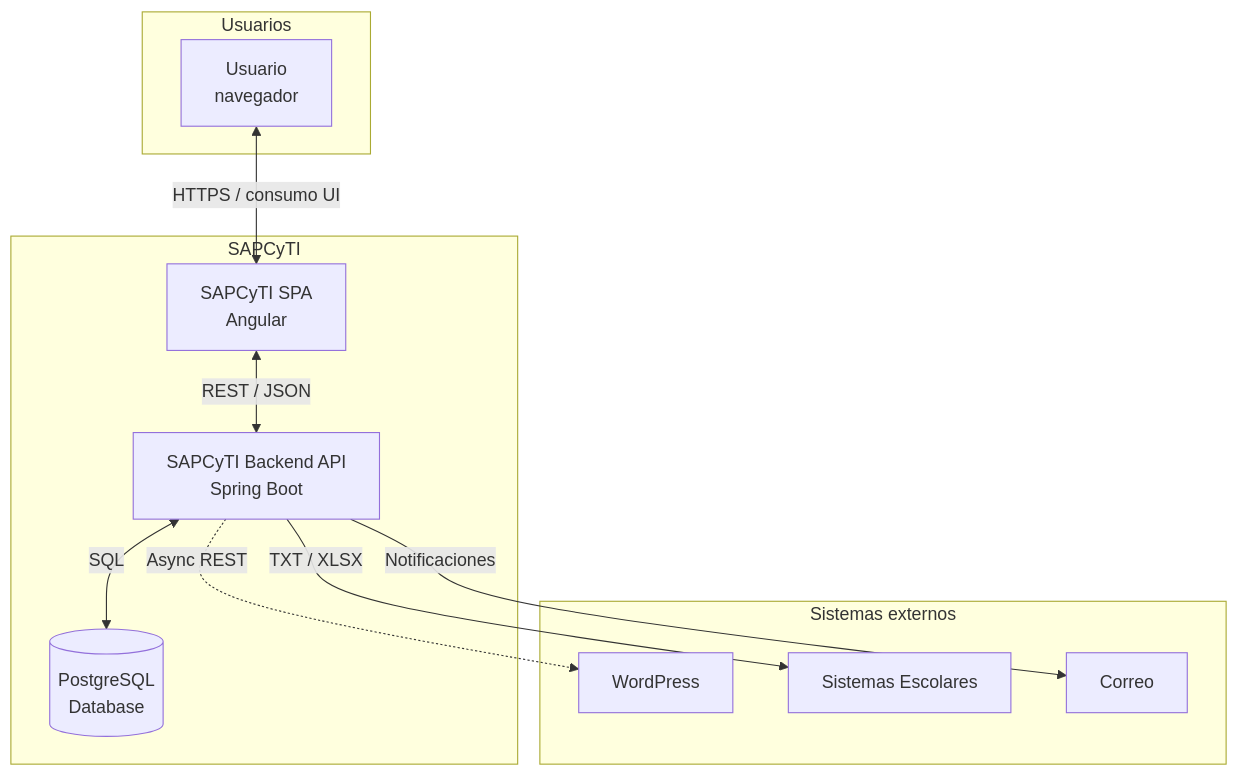
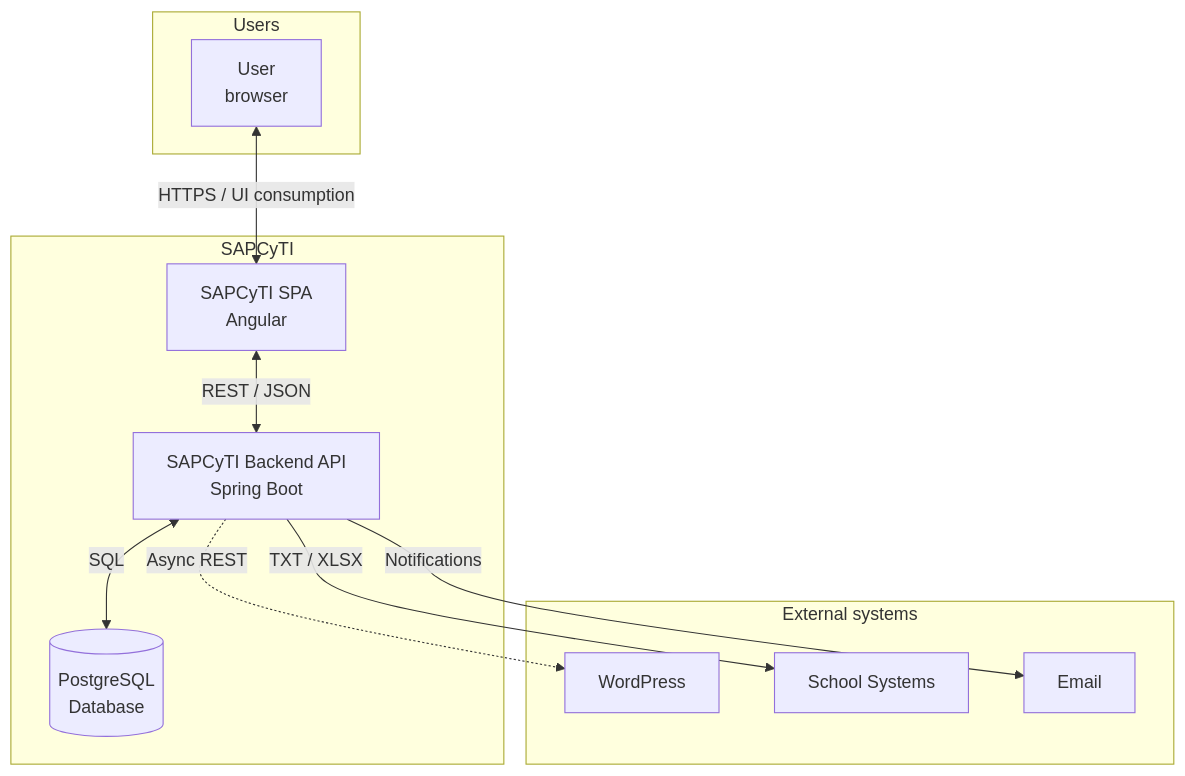
The third of 17 diagrams in Design/Architecture.md (SAPCyTI-UAM-I/Docs), drawn with Mermaid before and after one commit. The commit also changed other lines of this file, not shown here.

Commit message:
docs: translate architecture documentation and diagrams to English - Iteration 2 refinement

````diff
--- a/Design/Architecture.md
+++ b/Design/Architecture.md
@@ -259,25 +260,25 @@
 ```mermaid
 flowchart TB
-    subgraph Usuarios
-        User["Usuario\nnavegador"]
+    subgraph Users
+        User["User\nbrowser"]
     end
 
     subgraph SAPCyTI["SAPCyTI"]
         SPA["SAPCyTI SPA\nAngular"]
         API["SAPCyTI Backend API\nSpring Boot"]
         DB[("PostgreSQL\nDatabase")]
     end
 
-    subgraph Externos["Sistemas externos"]
+    subgraph Externals["External systems"]
         WP["WordPress"]
-        SCE["Sistemas Escolares"]
-        CORREO["Correo"]
+        SCE["School Systems"]
+        CORREO["Email"]
     end
 
-    User <-->|HTTPS / consumo UI| SPA
+    User <-->|HTTPS / UI consumption| SPA
     SPA <-->|REST / JSON| API
     API <-->|SQL| DB
     API -.->|Async REST| WP
     API -->|TXT / XLSX| SCE
-    API -->|Notificaciones| CORREO
+    API -->|Notifications| CORREO
 ```
````
